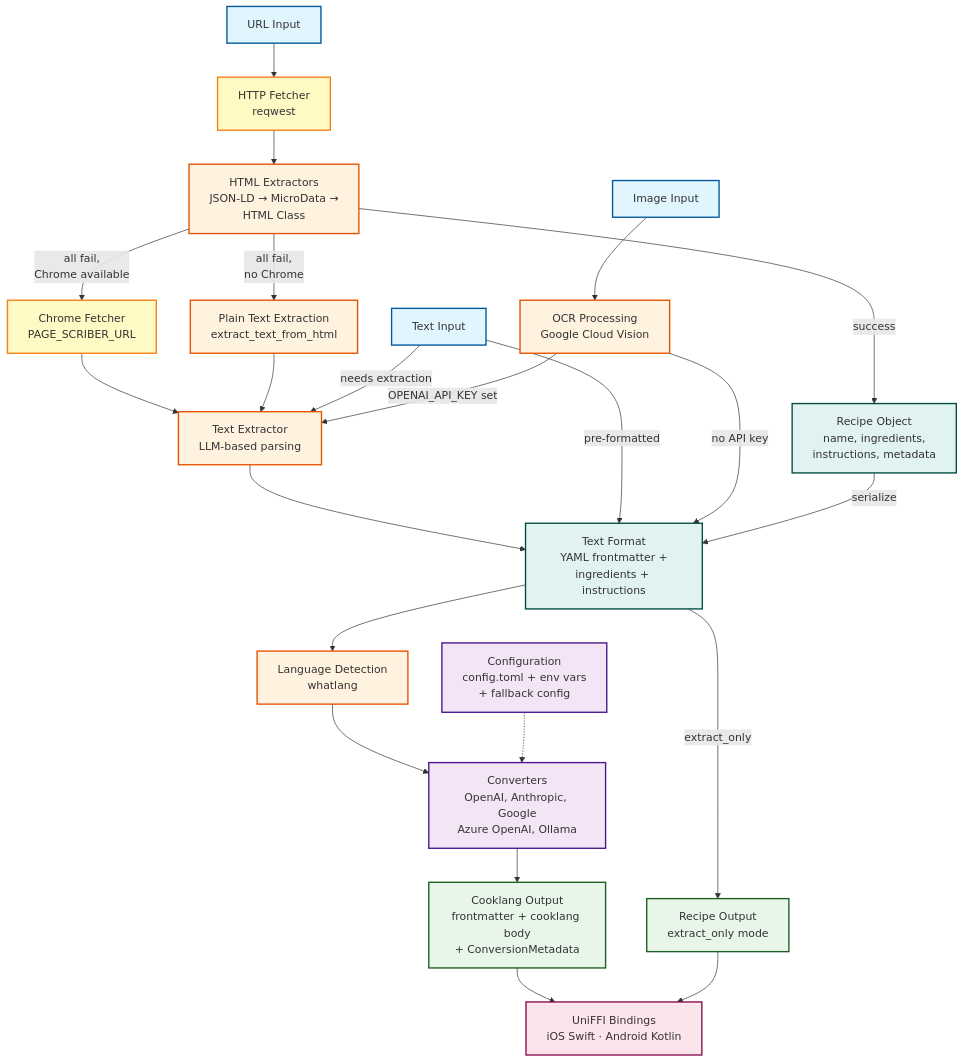
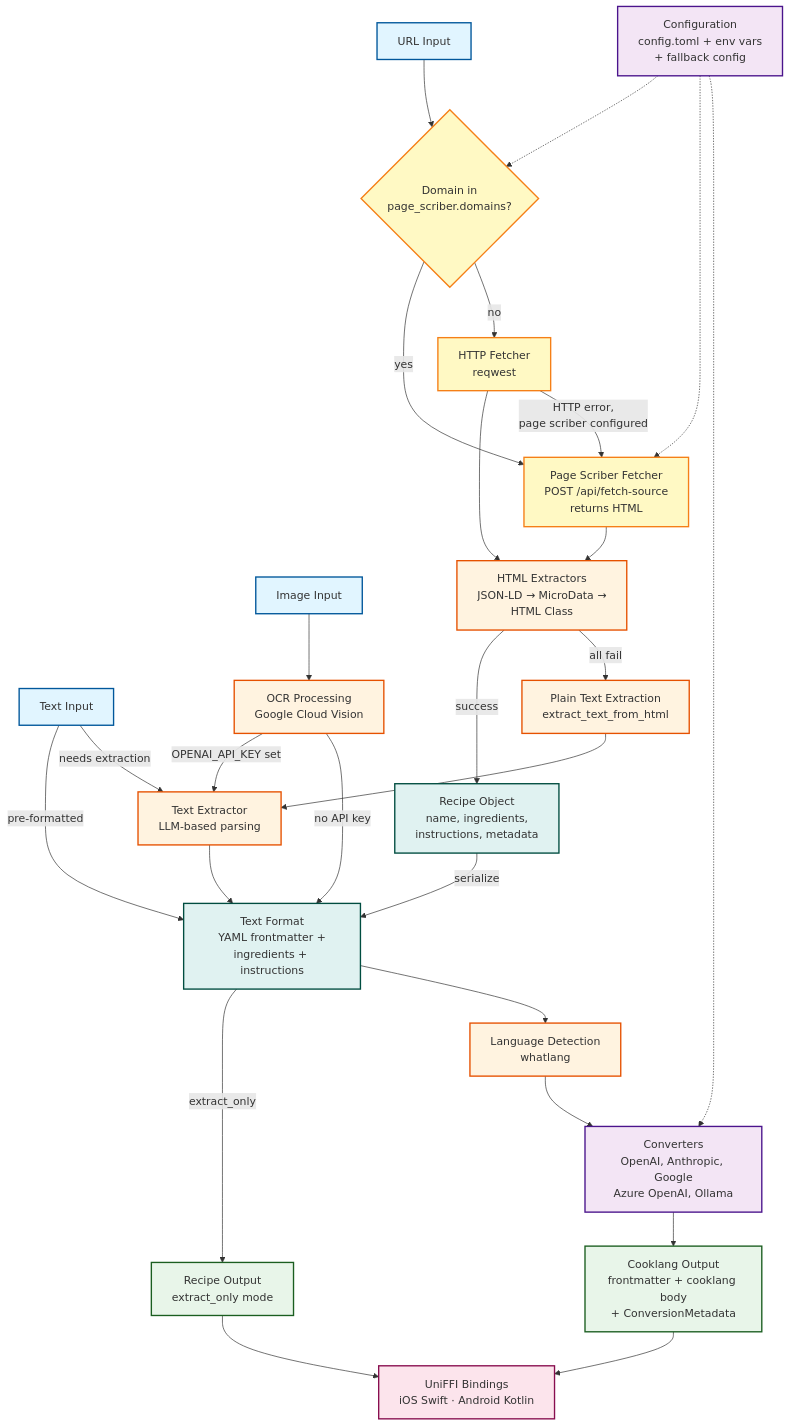
One commit to cooklang/cooklang-import changed the diagram in architecture.md. Above: the diagram before and after it, drawn with Mermaid. The commit also changed other lines of this file, not shown here.

Commit message:
docs: update architecture diagram for PageScriberFetcher
Replace ChromeFetcher with PageScriberFetcher in diagram, project
structure, and flow descriptions. Add domain-aware routing decision
node and page_scriber config section.

````diff
--- a/architecture.md
+++ b/architecture.md
@@ -11,9 +11,12 @@
     TEXT[Text Input]
     IMAGE[Image Input]
 
+    %% Domain Routing
+    DOMAIN_CHECK{Domain in<br/>page_scriber.domains?}
+
     %% Fetchers
     FETCH_REQ[HTTP Fetcher<br/>reqwest]
-    FETCH_CHROME[Chrome Fetcher<br/>PAGE_SCRIBER_URL]
+    FETCH_PS[Page Scriber Fetcher<br/>POST /api/fetch-source<br/>returns HTML]
 
     %% Processing Stages
     EXTRACT_HTML[HTML Extractors<br/>JSON-LD → MicroData →<br/>HTML Class]
@@ -39,15 +42,20 @@
     %% FFI Layer
     FFI[UniFFI Bindings<br/>iOS Swift · Android Kotlin]
 
-    %% Flow connections
-    URL --> FETCH_REQ
+    %% Flow connections — URL pipeline with domain-aware routing
+    URL --> DOMAIN_CHECK
+    DOMAIN_CHECK --> |yes| FETCH_PS
+    DOMAIN_CHECK --> |no| FETCH_REQ
     FETCH_REQ --> EXTRACT_HTML
+    FETCH_PS --> EXTRACT_HTML
     EXTRACT_HTML --> |success| RECIPE
-    EXTRACT_HTML --> |all fail,<br/>Chrome available| FETCH_CHROME
-    EXTRACT_HTML --> |all fail,<br/>no Chrome| EXTRACT_PLAIN
-    FETCH_CHROME --> EXTRACT_TEXT
+    EXTRACT_HTML --> |all fail| EXTRACT_PLAIN
+    FETCH_REQ --> |HTTP error,<br/>page scriber configured| FETCH_PS
     EXTRACT_PLAIN --> EXTRACT_TEXT
     EXTRACT_TEXT --> TEXT_FORMAT
+
+    CONFIG -.-> DOMAIN_CHECK
+    CONFIG -.-> FETCH_PS
 
     TEXT --> |pre-formatted| TEXT_FORMAT
     TEXT --> |needs extraction| EXTRACT_TEXT
@@ -77,12 +85,14 @@
     classDef outputStyle fill:#e8f5e9,stroke:#1b5e20,stroke-width:2px
     classDef configStyle fill:#f3e5f5,stroke:#4a148c,stroke-width:2px
     classDef ffiStyle fill:#fce4ec,stroke:#880e4f,stroke-width:2px
+    classDef routingStyle fill:#fff9c4,stroke:#f57f17,stroke-width:2px
 
     class URL,TEXT,IMAGE inputStyle
-    class FETCH_REQ,FETCH_CHROME fetchStyle
+    class FETCH_REQ,FETCH_PS fetchStyle
     class EXTRACT_HTML,EXTRACT_PLAIN,EXTRACT_TEXT,LANG_DETECT,OCR processStyle
     class RECIPE,TEXT_FORMAT dataStyle
     class RECIPE_OUT,COOKLANG_OUT outputStyle
     class CONFIG,CONVERTERS configStyle
     class FFI ffiStyle
+    class DOMAIN_CHECK routingStyle
 ```
````
